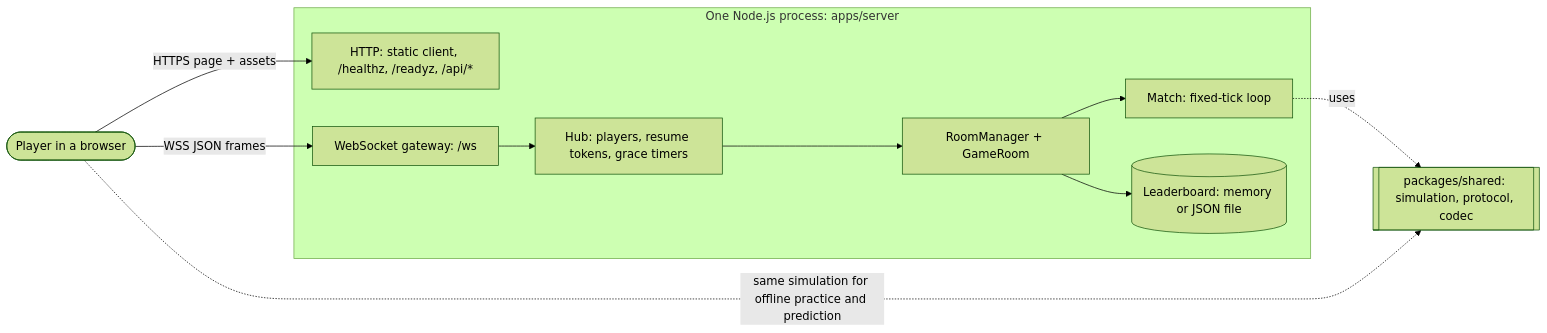
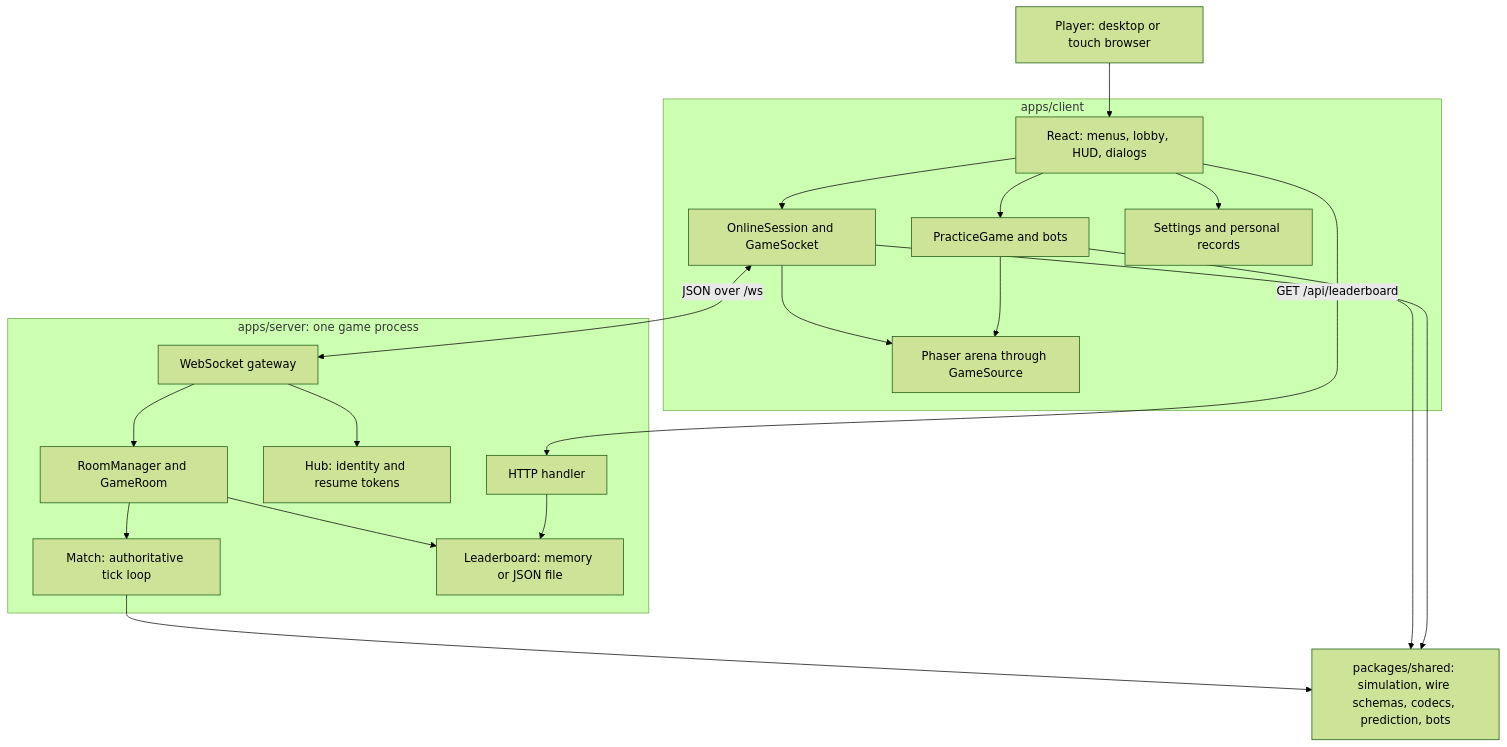
One commit to gopichandchikoti/multiplayer-snake-arena changed the first of 14 diagrams in docs/ARCHITECTURE.md. Above: the diagram before and after it, drawn with Mermaid (forest theme). The commit also changed other lines of this file and 23 other files, not shown here.

````diff
--- a/docs/ARCHITECTURE.md
+++ b/docs/ARCHITECTURE.md
@@ -8,19 +30,36 @@
 ```mermaid
-flowchart LR
-  player([Player in a browser])
-  subgraph host[One Node.js process: apps/server]
-    http[HTTP: static client, /healthz, /readyz, /api/*]
-    ws[WebSocket gateway: /ws]
-    hub[Hub: players, resume tokens, grace timers]
-    rooms[RoomManager + GameRoom]
-    match[Match: fixed-tick loop]
-    lb[(Leaderboard: memory or JSON file)]
+flowchart TB
+  Player["Player: desktop or touch browser"]
+  subgraph Browser["apps/client"]
+    UI["React: menus, lobby, HUD, dialogs"]
+    Session["OnlineSession and GameSocket"]
+    Practice["PracticeGame and bots"]
+    Render["Phaser arena through GameSource"]
+    Store["Settings and personal records"]
+    UI --> Session
+    UI --> Practice
+    UI --> Store
+    Session --> Render
+    Practice --> Render
   end
-  shared[[packages/shared: simulation, protocol, codec]]
-  player -- "HTTPS page + assets" --> http
-  player -- "WSS JSON frames" --> ws
-  ws --> hub --> rooms --> match
-  match -. uses .-> shared
-  rooms --> lb
-  player -. "same simulation for offline practice and prediction" .-> shared
+  subgraph Server["apps/server: one game process"]
+    HTTP["HTTP handler"]
+    Gateway["WebSocket gateway"]
+    Hub["Hub: identity and resume tokens"]
+    Rooms["RoomManager and GameRoom"]
+    Match["Match: authoritative tick loop"]
+    Leaderboard["Leaderboard: memory or JSON file"]
+    Gateway --> Hub
+    Gateway --> Rooms
+    Rooms --> Match
+    Rooms --> Leaderboard
+    HTTP --> Leaderboard
+  end
+  Shared["packages/shared: simulation, wire schemas, codecs, prediction, bots"]
+  Player --> UI
+  Session <-->|"JSON over /ws"| Gateway
+  UI -->|"GET /api/leaderboard"| HTTP
+  Match --> Shared
+  Practice --> Shared
+  Session --> Shared
 ```
````
